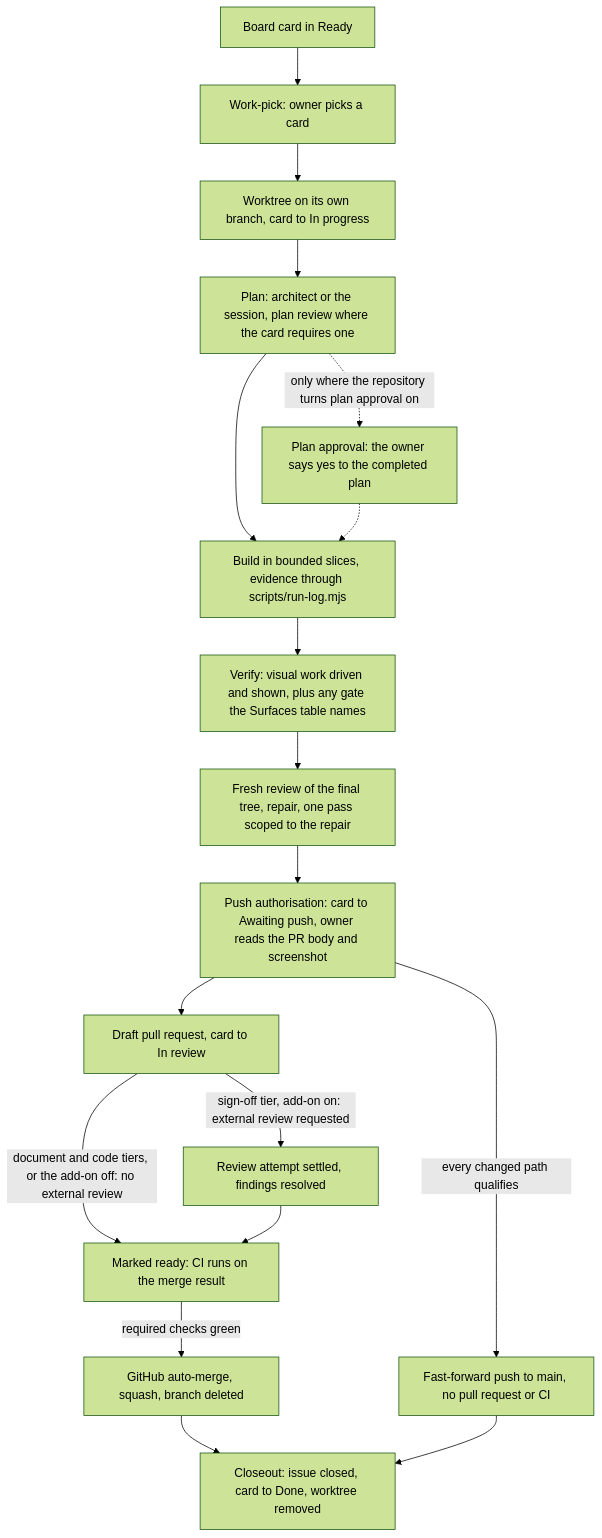
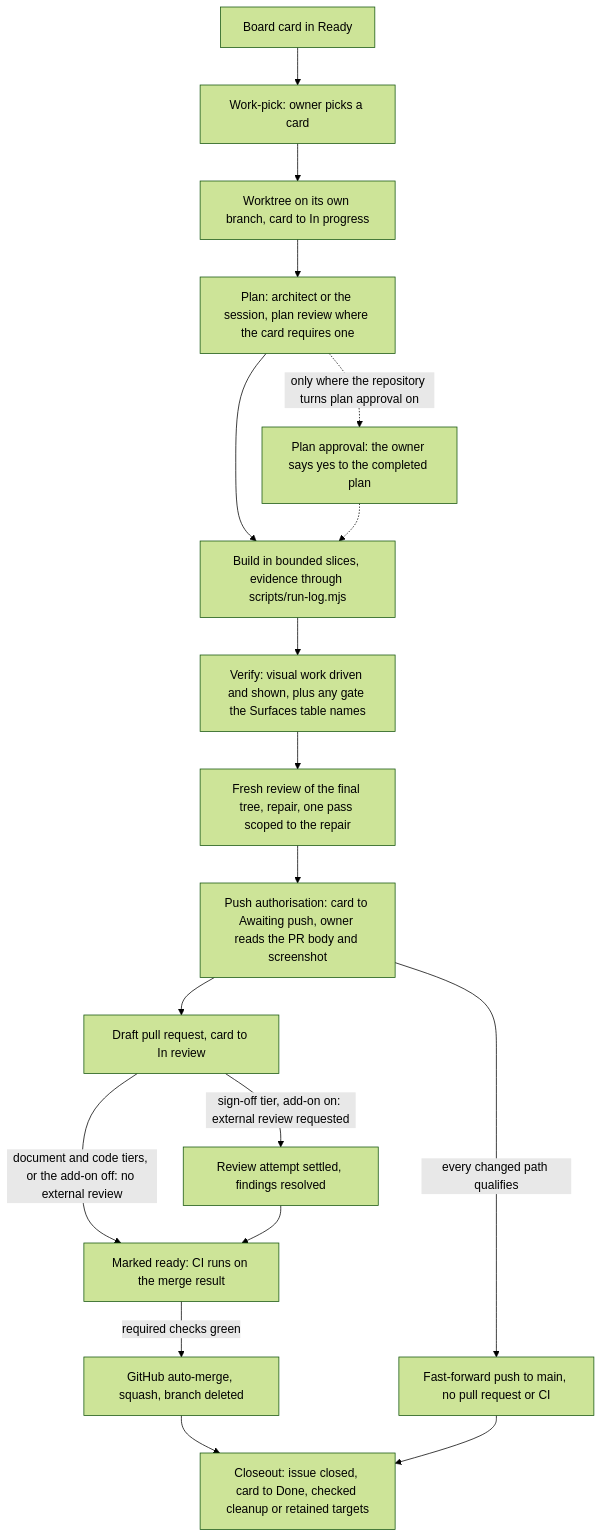
The diagram in docs/AI-WORKFLOW-job.md (zaingulel/kestrel), drawn with Mermaid (forest theme) before and after one commit. The commit also changed other lines of this file and 80 other files, not shown here.

````diff
--- a/docs/AI-WORKFLOW-job.md
+++ b/docs/AI-WORKFLOW-job.md
@@ -23,20 +23,20 @@
 ```mermaid
 flowchart TD
     C[Board card in Ready] --> WP[Work-pick: owner picks a card]
     WP --> WT[Worktree on its own branch, card to In progress]
     WT --> PL[Plan: architect or the session, plan review where the card requires one]
     PL --> BD[Build in bounded slices, evidence through scripts/run-log.mjs]
     PL -.->|only where the repository turns plan approval on| AP[Plan approval: the owner says yes to the completed plan]
     AP -.-> BD
     BD --> VR[Verify: visual work driven and shown, plus any gate the Surfaces table names]
     VR --> RV[Fresh review of the final tree, repair, one pass scoped to the repair]
     RV --> PA[Push authorisation: card to Awaiting push, owner reads the PR body and screenshot]
     PA --> DR[Draft pull request, card to In review]
     PA -->|every changed path qualifies| FF[Fast-forward push to main, no pull request or CI]
     DR -->|document and code tiers, or the add-on off: no external review| RD[Marked ready: CI runs on the merge result]
     DR -->|sign-off tier, add-on on: external review requested| GR[Review attempt settled, findings resolved]
     GR --> RD
     RD -->|required checks green| MG[GitHub auto-merge, squash, branch deleted]
-    MG --> CO[Closeout: issue closed, card to Done, worktree removed]
+    MG --> CO[Closeout: issue closed, card to Done, checked cleanup or retained targets]
     FF --> CO
 ```
````
